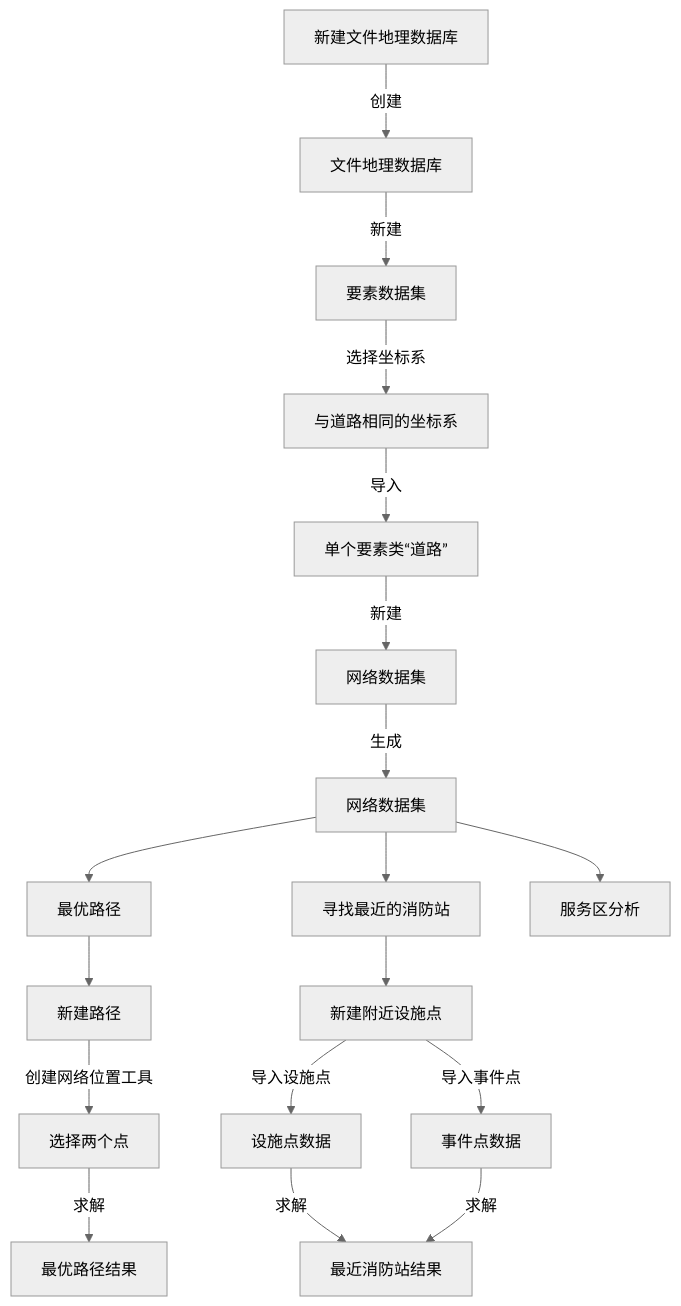
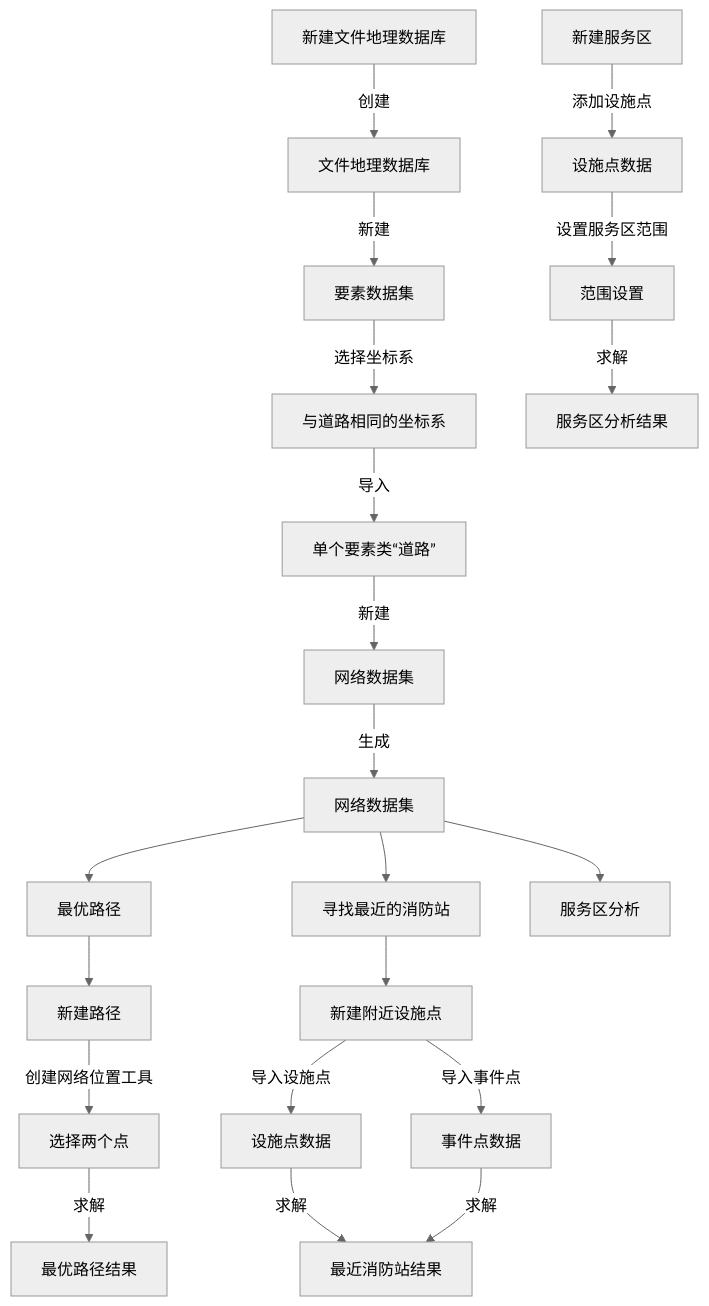
One commit to newguser/iodraw-files changed the diagram in all/未命名.md. Above: the diagram before and after it, drawn with Mermaid (neutral theme).

Commit message:
2025-02-27 21:18:06 update

````diff
--- a/all/未命名.md
+++ b/all/未命名.md
@@ -1,20 +1,23 @@
 ```mermaid
 graph TD
     A[新建文件地理数据库] -->|创建| B[文件地理数据库]
     B -->|新建| C[要素数据集]
     C -->|选择坐标系| D[与道路相同的坐标系]
     D -->|导入| E[单个要素类“道路”]
     E -->|新建| F[网络数据集]
     F -->|生成| G[网络数据集]
     G[网络数据集] -->H[最优路径]
     G[网络数据集] -->I[寻找最近的消防站]
     G[网络数据集] -->J[服务区分析]
     H[最优路径]-->H1[新建路径]
     H1[新建路径] -->|创建网络位置工具| H2[选择两个点]
         H2 -->|求解| H3[最优路径结果]
     I[寻找最近的消防站]-->I1[新建附近设施点]
     I1[新建附近设施点] -->|导入设施点| I2[设施点数据]
         I1 -->|导入事件点| I3[事件点数据]
         I2 -->|求解| I4[最近消防站结果]
         I3 -->|求解| I4
+     D1[新建服务区] -->|添加设施点| D2[设施点数据]
+        D2 -->|设置服务区范围| D3[范围设置]
+        D3 -->|求解| D4[服务区分析结果]
 ```
````
